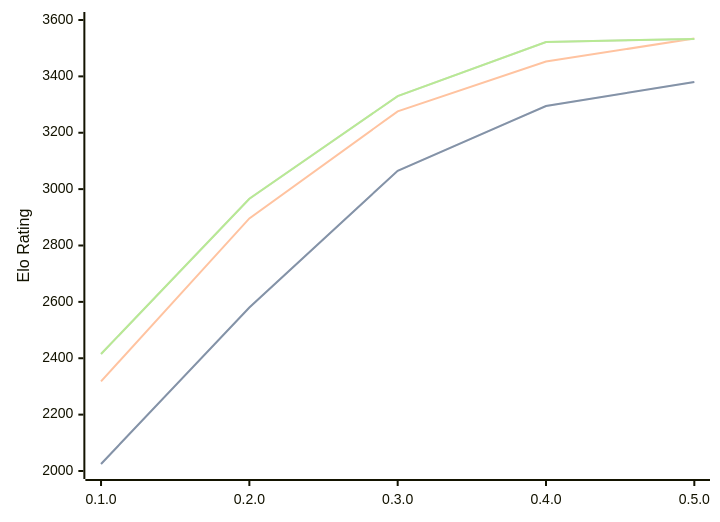
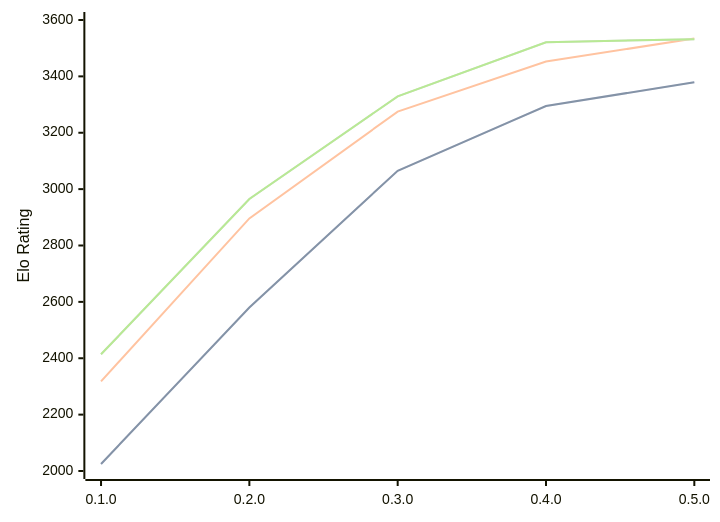
One commit to computer-chess-index/cci changed the diagram in engines/Justbot.md. Above: the diagram before and after it, drawn with Mermaid. The commit also changed other lines of this file, not shown here.

Commit message:
Update CCI Ratings (ELO VLTC) - 2026-10-01

````diff
--- a/engines/Justbot.md
+++ b/engines/Justbot.md
@@ -35,11 +35,11 @@
 ```mermaid
 %%{init: {"theme":"base","themeVariables":{"seriesColors:['#a3a3a3','#222221','#faa371']}}}%%
 xychart-beta
   x-axis ["0.1.0", "0.2.0", "0.3.0", "0.4.0", "0.5.0"]
   y-axis "Elo Rating" 2000 --> 3600
-  line "" [2025, 2580, 3065, 3295, 3380]
-  line "STC (8.0+0.08s)" [2025, 2580, 3065, 3295, 3380]
-  line "LTC (60.0+0.60s)" [2318, 2896, 3276, 3453, 3534]
-  line "" [2415, 2966, 3330, 3522, 3533]
-  line "VLTC (2m24s+1.12s)" [2415, 2966, 3330, 3522, 3533]
+  line "" [2025, 2580, 3065, 3295, 3379]
+  line "STC (8.0+0.08s)" [2025, 2580, 3065, 3295, 3379]
+  line "LTC (60.0+0.60s)" [2318, 2896, 3275, 3453, 3534]
+  line "" [2414, 2965, 3329, 3521, 3532]
+  line "VLTC (2m24s+1.12s)" [2414, 2965, 3329, 3521, 3532]
 ```
````
